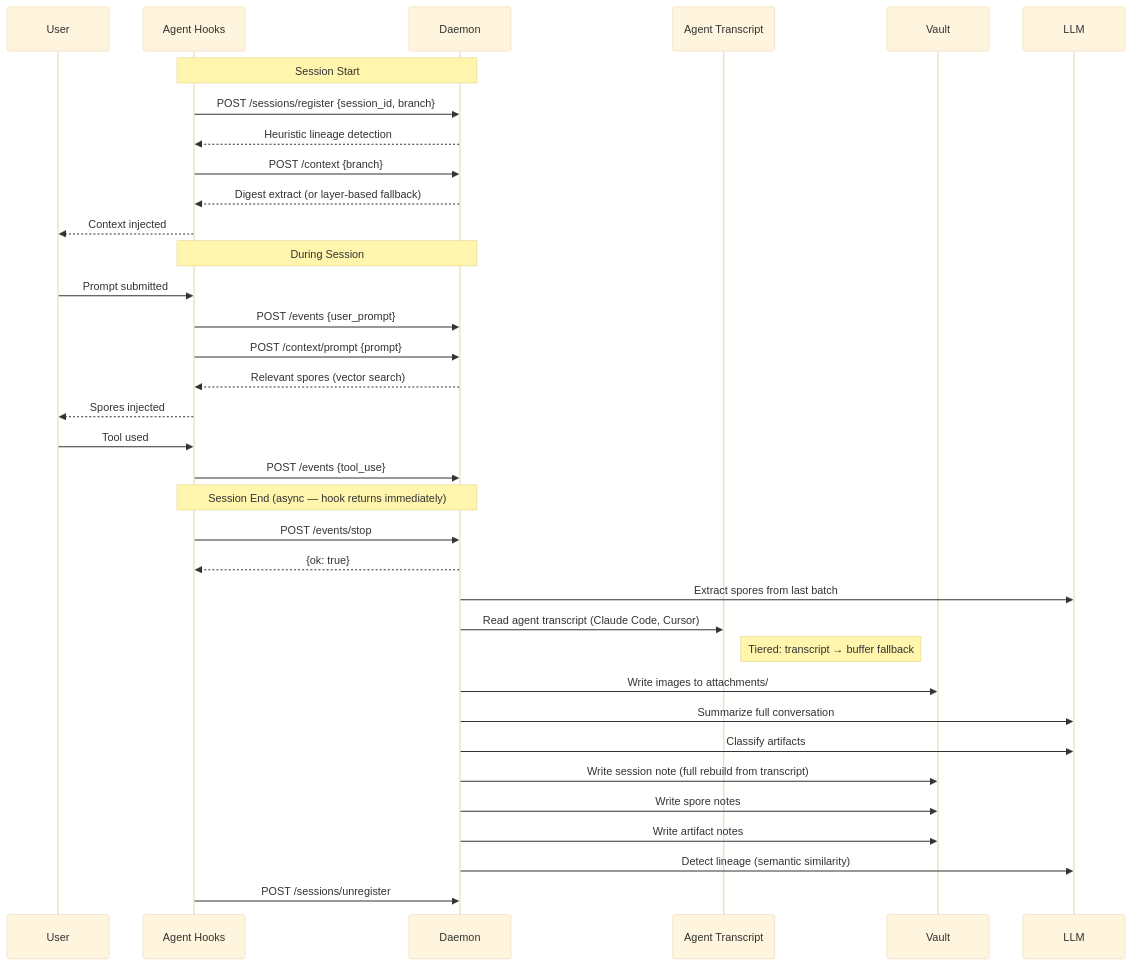
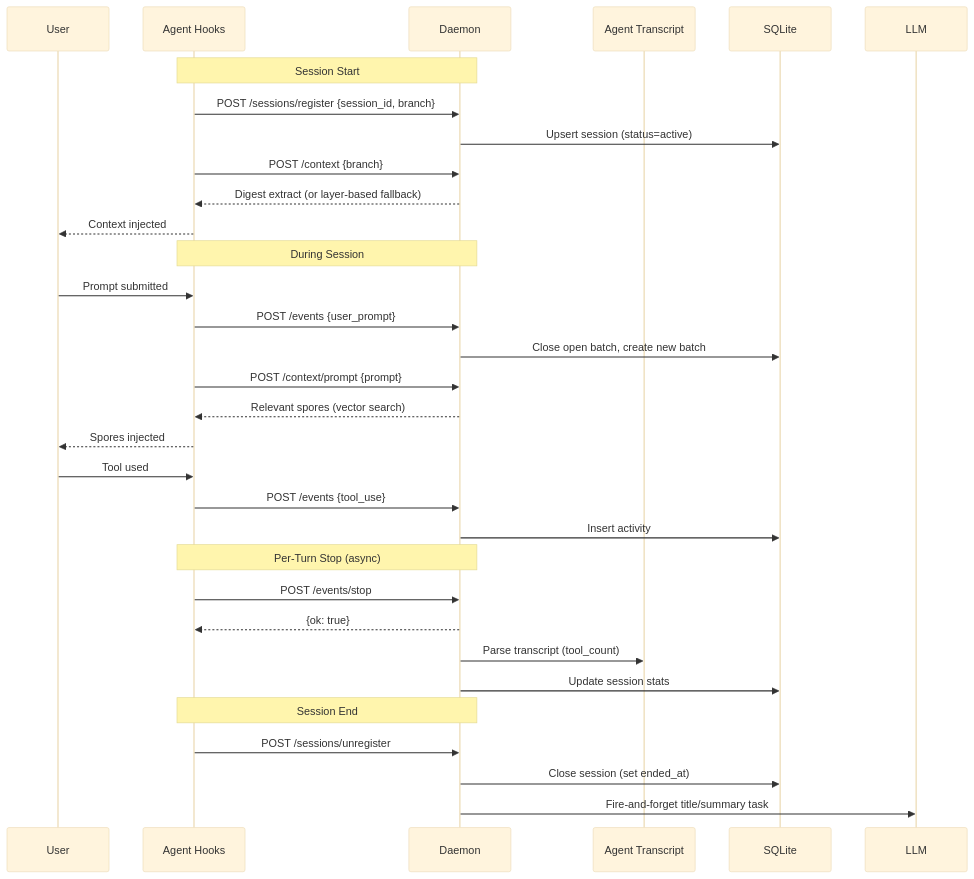
One commit to goondocks-co/myco changed the first of 8 diagrams in docs/lifecycle.md. Above: the diagram before and after it, drawn with Mermaid (base theme). The commit also changed other lines of this file and 17 other files, not shown here.

````diff
--- a/docs/lifecycle.md
+++ b/docs/lifecycle.md
@@ -7,41 +7,39 @@
 ```mermaid
 sequenceDiagram
     participant User
     participant Hook as Agent Hooks
     participant Daemon
     participant Transcript as Agent Transcript
-    participant Vault
+    participant DB as SQLite
     participant LLM
 
     Note over Hook,Daemon: Session Start
     Hook->>Daemon: POST /sessions/register {session_id, branch}
-    Daemon-->>Hook: Heuristic lineage detection
+    Daemon->>DB: Upsert session (status=active)
     Hook->>Daemon: POST /context {branch}
     Daemon-->>Hook: Digest extract (or layer-based fallback)
     Hook-->>User: Context injected
 
     Note over Hook,Daemon: During Session
     User->>Hook: Prompt submitted
     Hook->>Daemon: POST /events {user_prompt}
+    Daemon->>DB: Close open batch, create new batch
     Hook->>Daemon: POST /context/prompt {prompt}
     Daemon-->>Hook: Relevant spores (vector search)
     Hook-->>User: Spores injected
 
     User->>Hook: Tool used
     Hook->>Daemon: POST /events {tool_use}
+    Daemon->>DB: Insert activity
 
-    Note over Hook,Daemon: Session End (async — hook returns immediately)
+    Note over Hook,Daemon: Per-Turn Stop (async)
     Hook->>Daemon: POST /events/stop
     Daemon-->>Hook: {ok: true}
-    Daemon->>LLM: Extract spores from last batch
-    Daemon->>Transcript: Read agent transcript (Claude Code, Cursor)
-    Note right of Transcript: Tiered: transcript → buffer fallback
-    Daemon->>Vault: Write images to attachments/
-    Daemon->>LLM: Summarize full conversation
-    Daemon->>LLM: Classify artifacts
-    Daemon->>Vault: Write session note (full rebuild from transcript)
-    Daemon->>Vault: Write spore notes
-    Daemon->>Vault: Write artifact notes
-    Daemon->>LLM: Detect lineage (semantic similarity)
+    Daemon->>Transcript: Parse transcript (tool_count)
+    Daemon->>DB: Update session stats
+
+    Note over Hook,Daemon: Session End
     Hook->>Daemon: POST /sessions/unregister
+    Daemon->>DB: Close session (set ended_at)
+    Daemon->>LLM: Fire-and-forget title/summary task
 ```
````
